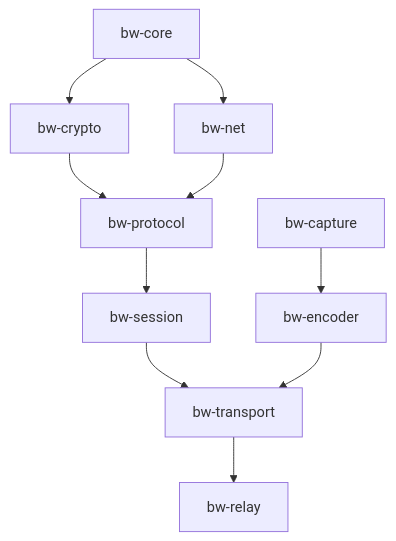
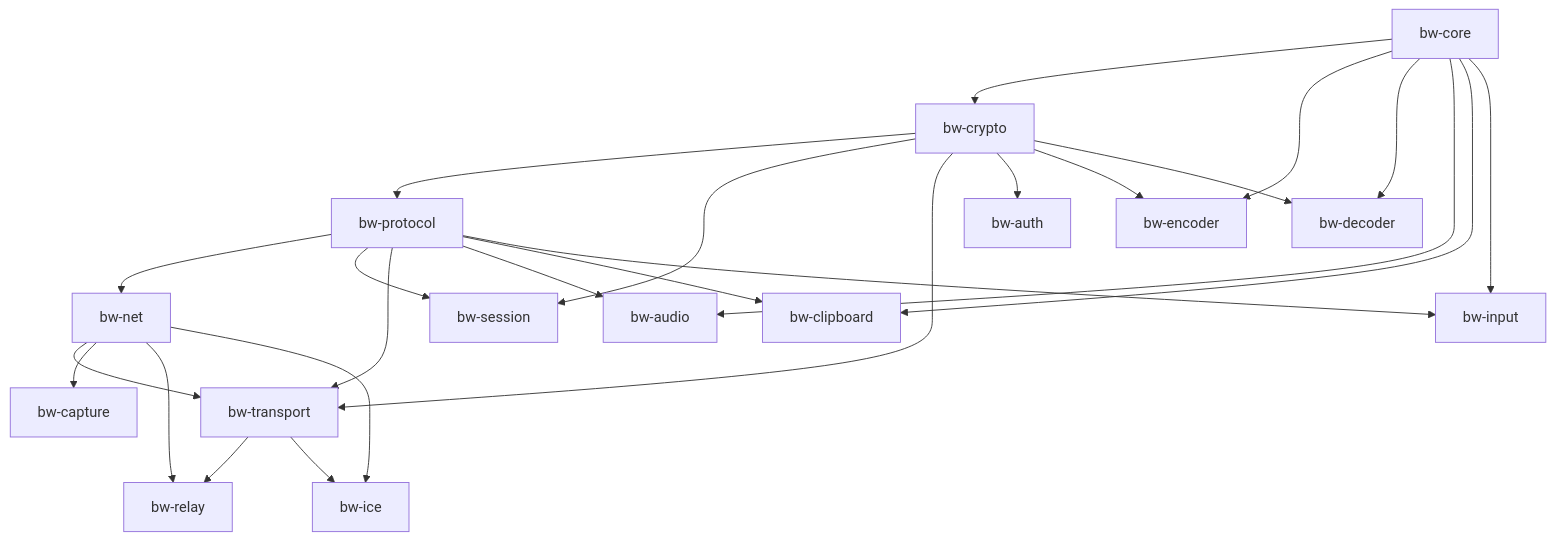
One commit to e-tchero/BLACKWING changed the diagram in README.md. Above: the diagram before and after it, drawn with Mermaid. The commit also changed other lines of this file and 11 other files, not shown here.

````diff
--- a/README.md
+++ b/README.md
@@ -11,12 +15,27 @@
 ```mermaid
 graph TD
     bw-core --> bw-crypto
-    bw-core --> bw-net
     bw-crypto --> bw-protocol
-    bw-net --> bw-protocol
+    bw-protocol --> bw-net
     bw-protocol --> bw-session
-    bw-session --> bw-transport
+    bw-crypto --> bw-session
+    bw-protocol --> bw-transport
+    bw-crypto --> bw-transport
+    bw-net --> bw-transport
+    bw-crypto --> bw-auth
+    bw-net --> bw-capture
+    bw-net --> bw-relay
     bw-transport --> bw-relay
-    bw-capture --> bw-encoder
-    bw-encoder --> bw-transport
+    bw-net --> bw-ice
+    bw-transport --> bw-ice
+    bw-core --> bw-encoder
+    bw-crypto --> bw-encoder
+    bw-core --> bw-decoder
+    bw-crypto --> bw-decoder
+    bw-core --> bw-audio
+    bw-protocol --> bw-audio
+    bw-core --> bw-clipboard
+    bw-protocol --> bw-clipboard
+    bw-core --> bw-input
+    bw-protocol --> bw-input
 ```
````
